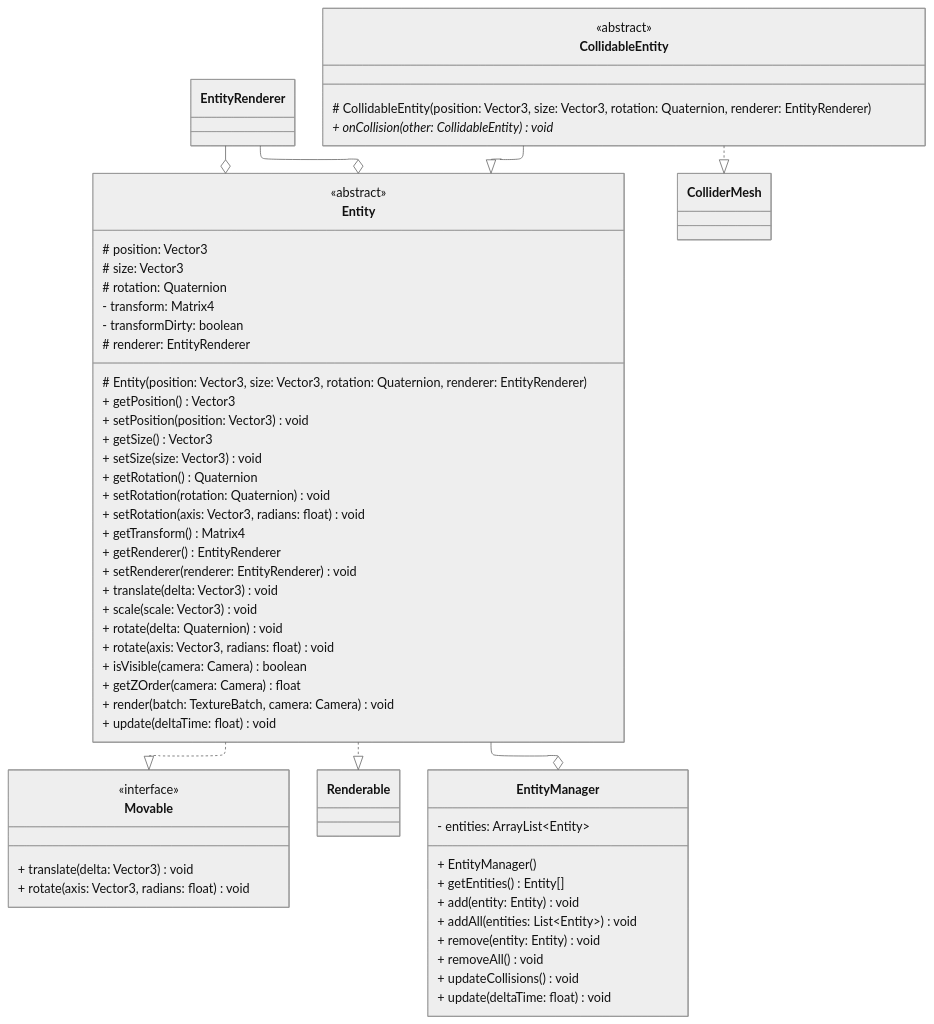
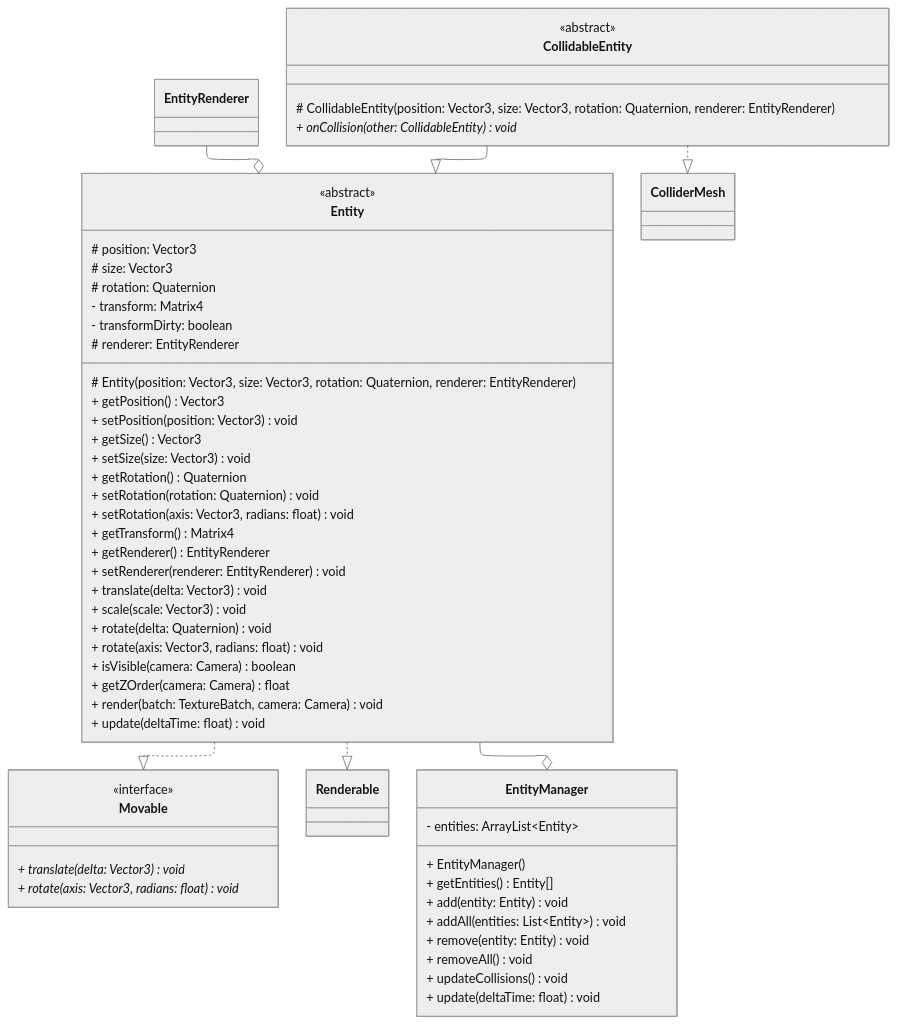
Before and after one commit to TemariVirus/harbour-franca: the diagram in class-diagram/engine/entity-movement.mmd, drawn with Mermaid. The commit also changed 8 other files, not shown here.

Commit message:
Update class diagrams

```diff
--- a/class-diagram/engine/entity-movement.mmd
+++ b/class-diagram/engine/entity-movement.mmd
@@ -1,76 +1,75 @@
 ---
 config:
     theme: neutral
     layout: elk
     defaultRenderer: elk
     elk:
         nodePlacementStrategy: NETWORK_SIMPLEX
 ---
 
 classDiagram
     Entity ..|> Movable
     Entity ..|> Renderable
     EntityRenderer --o Entity
     Entity --o EntityManager
     CollidableEntity --|> Entity
     CollidableEntity ..|> ColliderMesh
-    EntityRenderer --o Entity
 
 
     class Entity {
         <<abstract>>
 
         # position: Vector3
         # size: Vector3
         # rotation: Quaternion
         - transform: Matrix4
         - transformDirty: boolean
         # renderer: EntityRenderer
 
         # Entity(position: Vector3, size: Vector3, rotation: Quaternion, renderer: EntityRenderer)
         + getPosition() Vector3
         + setPosition(position: Vector3) void
         + getSize() Vector3
         + setSize(size: Vector3) void
         + getRotation() Quaternion
         + setRotation(rotation: Quaternion) void
         + setRotation(axis: Vector3, radians: float) void
         + getTransform() Matrix4
         + getRenderer() EntityRenderer
         + setRenderer(renderer: EntityRenderer) void
         + translate(delta: Vector3) void
         + scale(scale: Vector3) void
         + rotate(delta: Quaternion) void
         + rotate(axis: Vector3, radians: float) void
         + isVisible(camera: Camera) boolean
         + getZOrder(camera: Camera) float
         + render(batch: TextureBatch, camera: Camera) void
         + update(deltaTime: float) void
     }
 
     class CollidableEntity {
         <<abstract>>
 
         # CollidableEntity(position: Vector3, size: Vector3, rotation: Quaternion, renderer: EntityRenderer)
         + onCollision(other: CollidableEntity)* void
     }
 
     class EntityManager {
         - entities: ArrayList~Entity~
 
         + EntityManager()
         + getEntities() Entity[]
         + add(entity: Entity) void
         + addAll(entities: List~Entity~) void
         + remove(entity: Entity) void
         + removeAll() void
         + updateCollisions() void
         + update(deltaTime: float) void
     }
 
     class Movable {
         <<interface>>
 
-        + translate(delta: Vector3) void
-        + rotate(axis: Vector3, radians: float) void
+        + translate(delta: Vector3)* void
+        + rotate(axis: Vector3, radians: float)* void
     }
```
